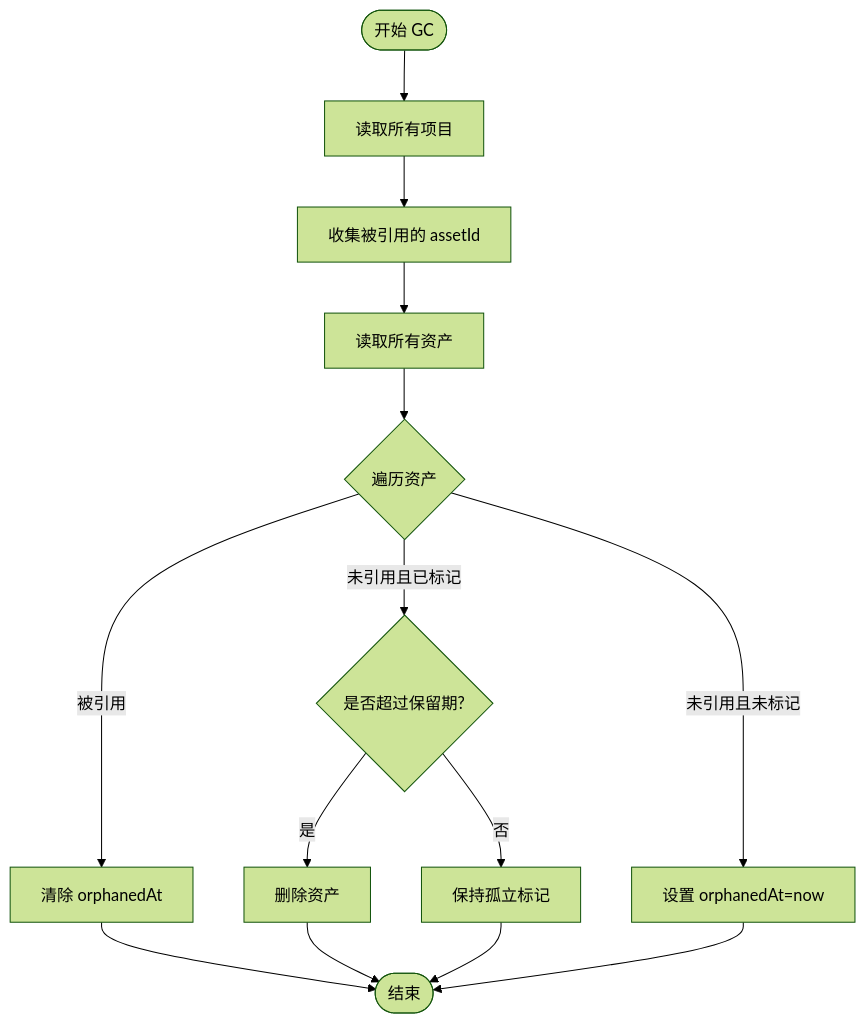
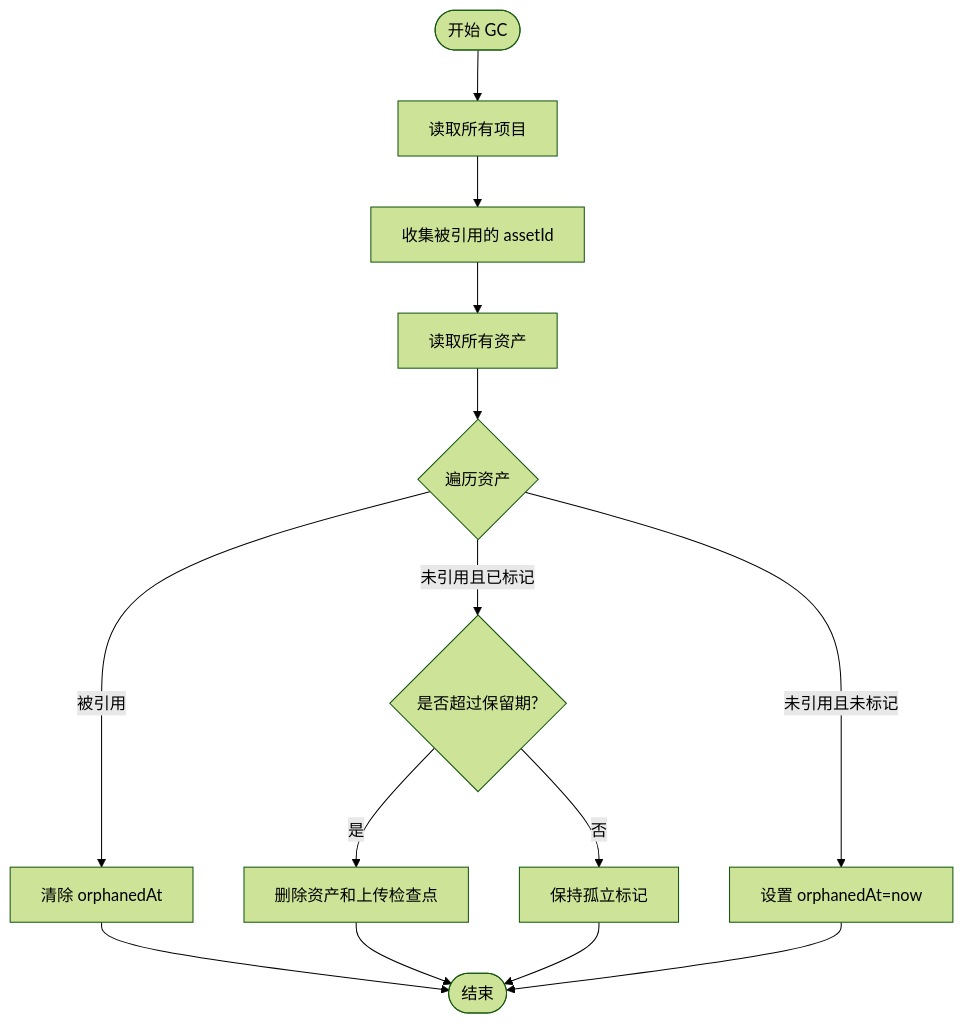
Before and after one commit to suqi-bot/SuQCanvas: the fifth of 11 diagrams in .qoder/repowiki/zh/content/数据持久化/IndexedDB 存储.md, drawn with Mermaid (forest theme). The commit also changed other lines of this file and 10 other files, not shown here.

````diff
--- a/.qoder/repowiki/zh/content/数据持久化/IndexedDB 存储.md
+++ b/.qoder/repowiki/zh/content/数据持久化/IndexedDB 存储.md
@@ -203,16 +227,16 @@
 ```mermaid
 flowchart TD
 Start(["开始 GC"]) --> LoadProjects["读取所有项目"]
 LoadProjects --> CollectRefs["收集被引用的 assetId"]
 CollectRefs --> LoadAssets["读取所有资产"]
 LoadAssets --> ForEachAsset{"遍历资产"}
 ForEachAsset --> |被引用| ClearMark["清除 orphanedAt"]
 ForEachAsset --> |未引用且已标记| CheckRetention{"是否超过保留期?"}
-CheckRetention -- 是 --> Delete["删除资产"]
+CheckRetention -- 是 --> Delete["删除资产和上传检查点"]
 CheckRetention -- 否 --> Keep["保持孤立标记"]
 ForEachAsset --> |未引用且未标记| MarkOrphan["设置 orphanedAt=now"]
 ClearMark --> End(["结束"])
 Delete --> End
 Keep --> End
 MarkOrphan --> End
 ```
````
